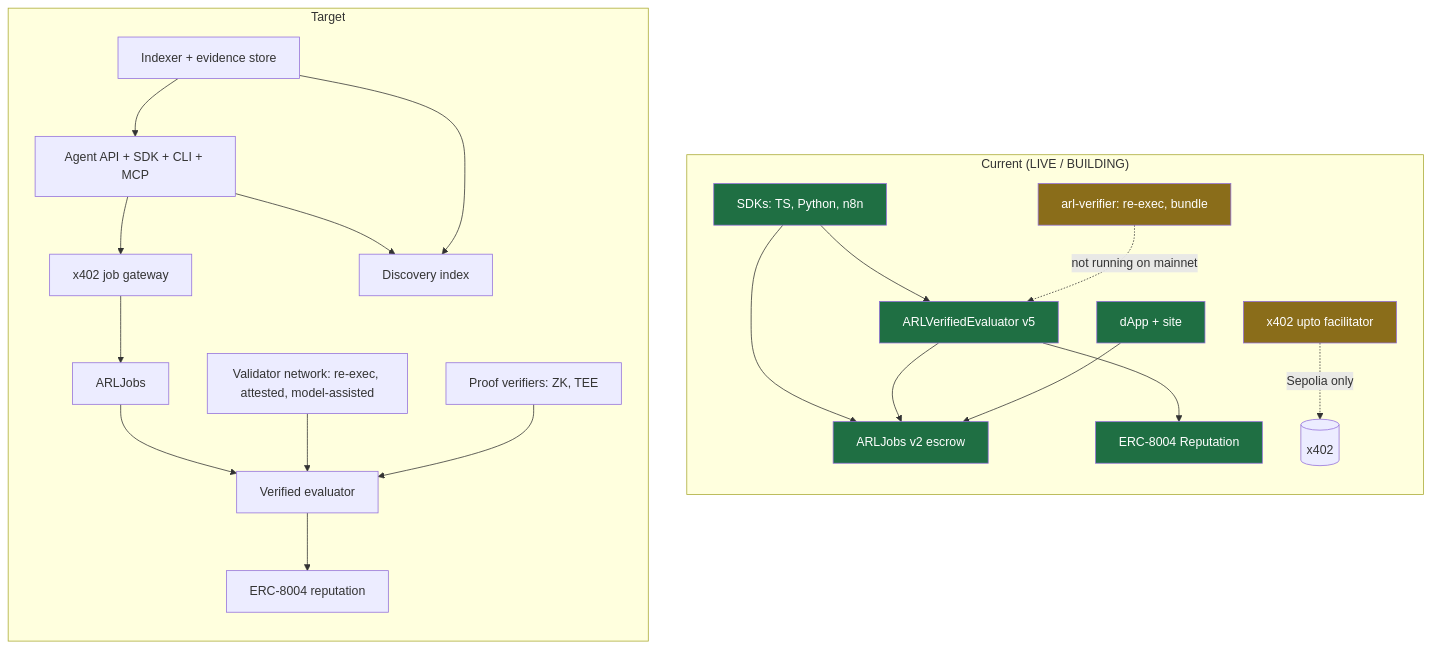
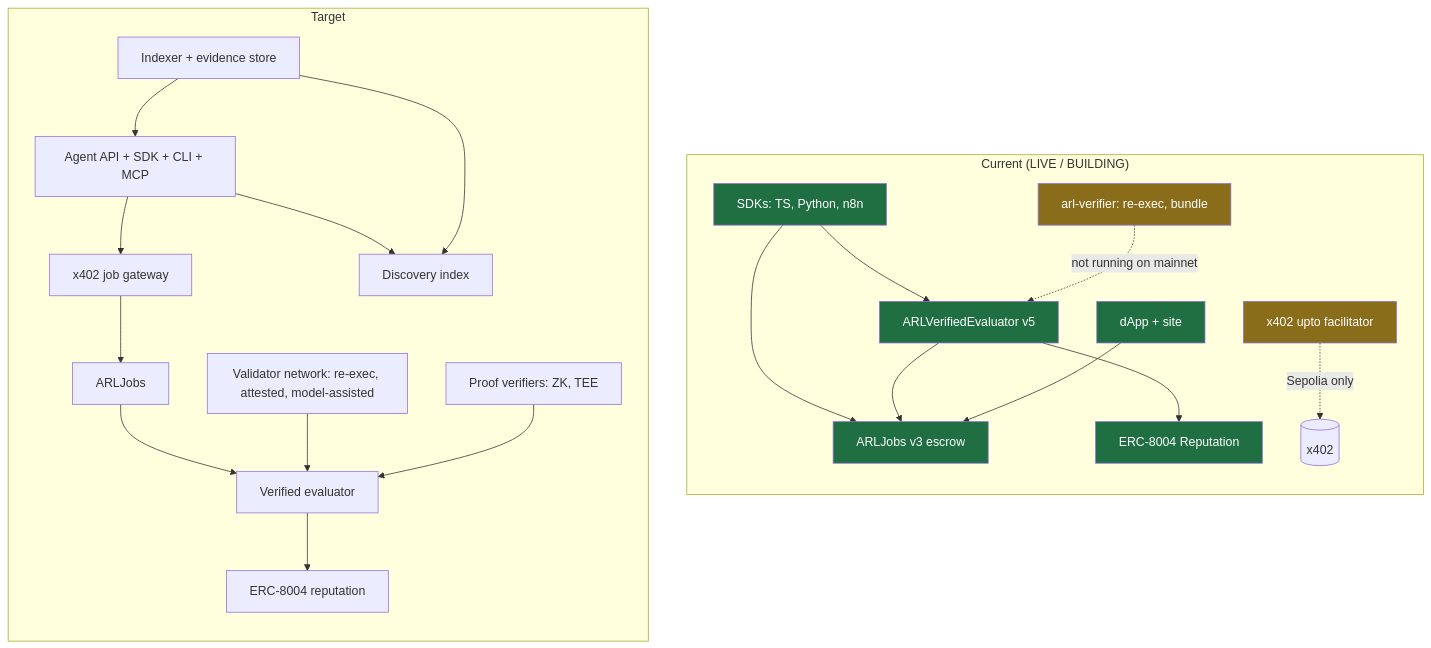
One commit to armanalabsai/arlcoin.io changed the second of 7 diagrams in docs/architecture/MASTER-ARCHITECTURE-ROADMAP.md. Above: the diagram before and after it, drawn with Mermaid. The commit also changed other lines of this file and 5 other files, not shown here.

````diff
--- a/docs/architecture/MASTER-ARCHITECTURE-ROADMAP.md
+++ b/docs/architecture/MASTER-ARCHITECTURE-ROADMAP.md
@@ -141,27 +140,27 @@
 ```mermaid
 flowchart TB
   subgraph Current["Current (LIVE / BUILDING)"]
     direction TB
-    C_SDK[SDKs: TS, Python, n8n]:::live --> C_JOBS[ARLJobs v2 escrow]:::live
+    C_SDK[SDKs: TS, Python, n8n]:::live --> C_JOBS[ARLJobs v3 escrow]:::live
     C_SDK --> C_EVAL[ARLVerifiedEvaluator v5]:::live
     C_EVAL --> C_JOBS
     C_EVAL --> C_REP[ERC-8004 Reputation]:::live
     C_VER[arl-verifier: re-exec, bundle]:::building -.not running on mainnet.-> C_EVAL
     C_PAY[x402 upto facilitator]:::building -.Sepolia only.-> C_X402[(x402)]
     C_APP[dApp + site]:::live --> C_JOBS
   end
   subgraph Target["Target"]
     direction TB
     T_API[Agent API + SDK + CLI + MCP] --> T_GW[x402 job gateway]
     T_API --> T_DISC[Discovery index]
     T_GW --> T_JOBS[ARLJobs]
     T_JOBS --> T_EVAL[Verified evaluator]
     T_VALS[Validator network: re-exec, attested, model-assisted] --> T_EVAL
     T_EVAL --> T_REP[ERC-8004 reputation]
     T_IDX[Indexer + evidence store] --> T_DISC
     T_IDX --> T_API
     T_PROOF[Proof verifiers: ZK, TEE] --> T_EVAL
   end
   classDef live fill:#1f6f43,color:#fff
   classDef building fill:#8a6d1a,color:#fff
 ```
````
